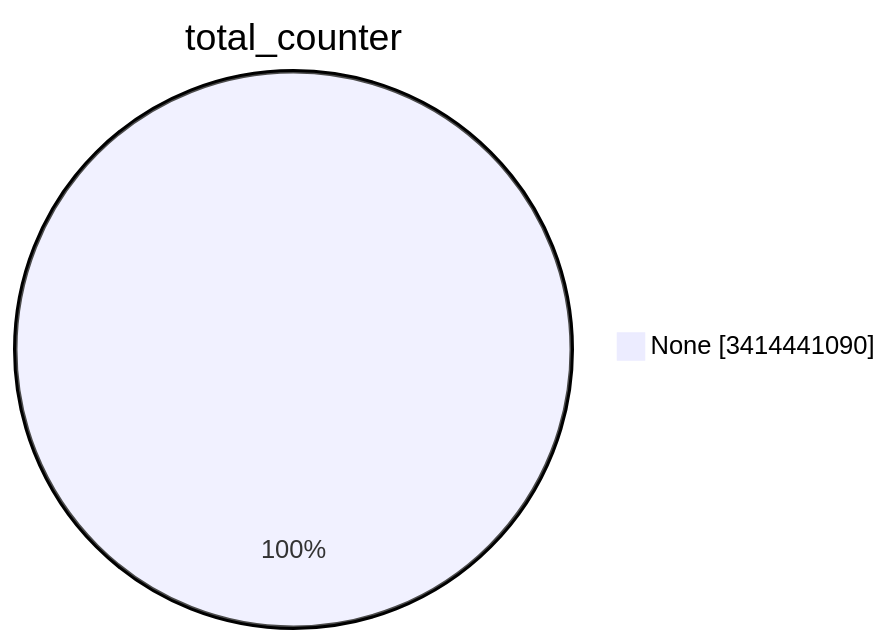
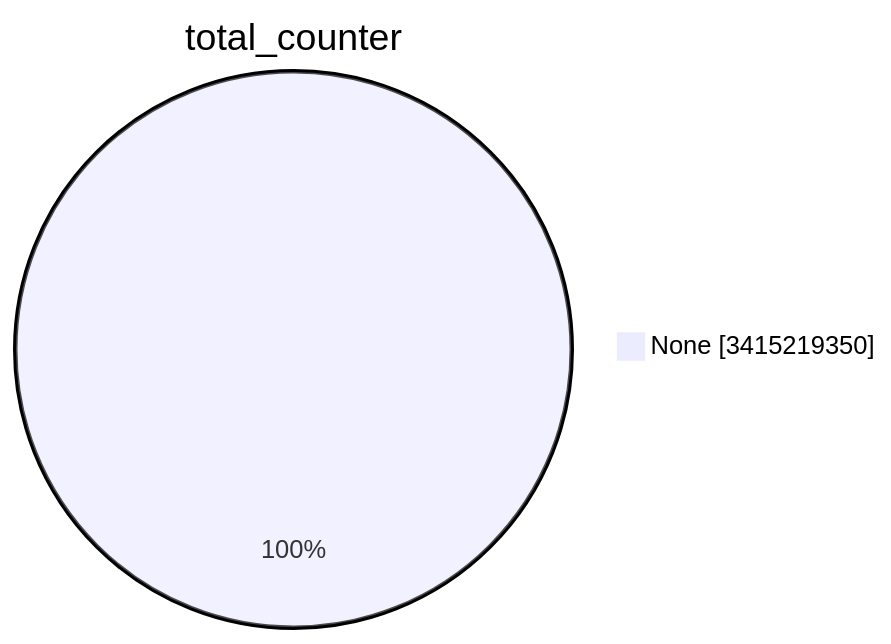
One commit to christiankrug/ctmonitor_visualization changed the first of 15 diagrams in TOTAL/README.md. Above: the diagram before and after it, drawn with Mermaid. The commit also changed other lines of this file, not shown here.

````diff
--- a/TOTAL/README.md
+++ b/TOTAL/README.md
@@ -1,5 +1,5 @@
 ```mermaid
 pie showData
 title total_counter
-"None" :3414441090
+"None" :3415219350
 ```
````
